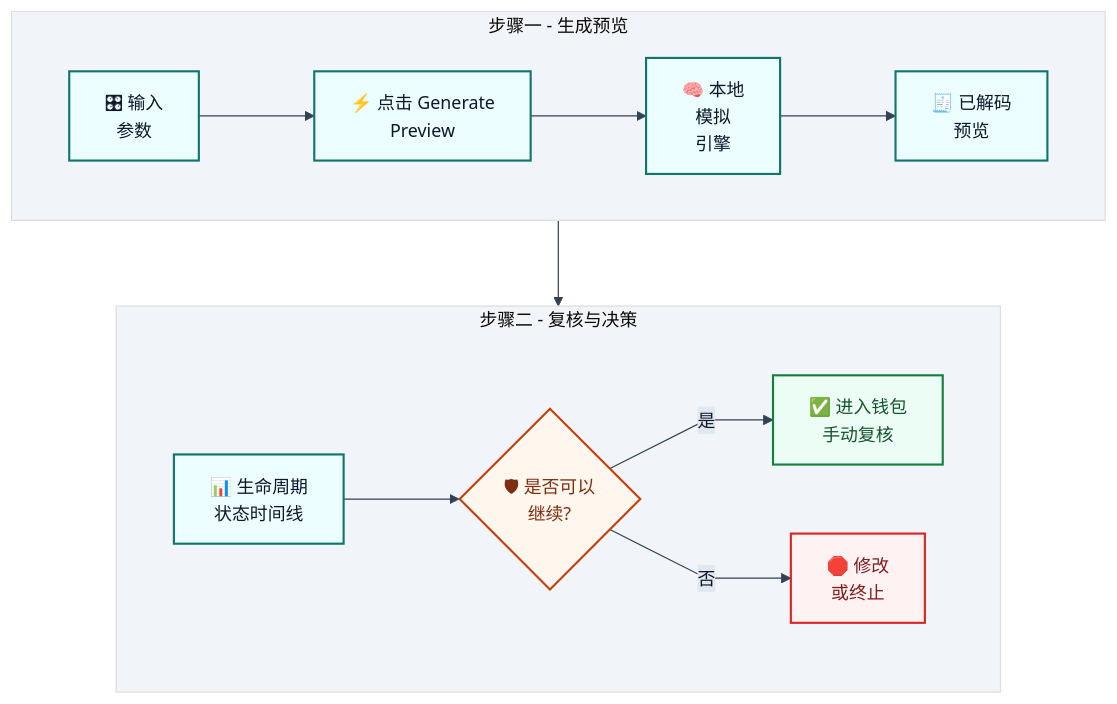
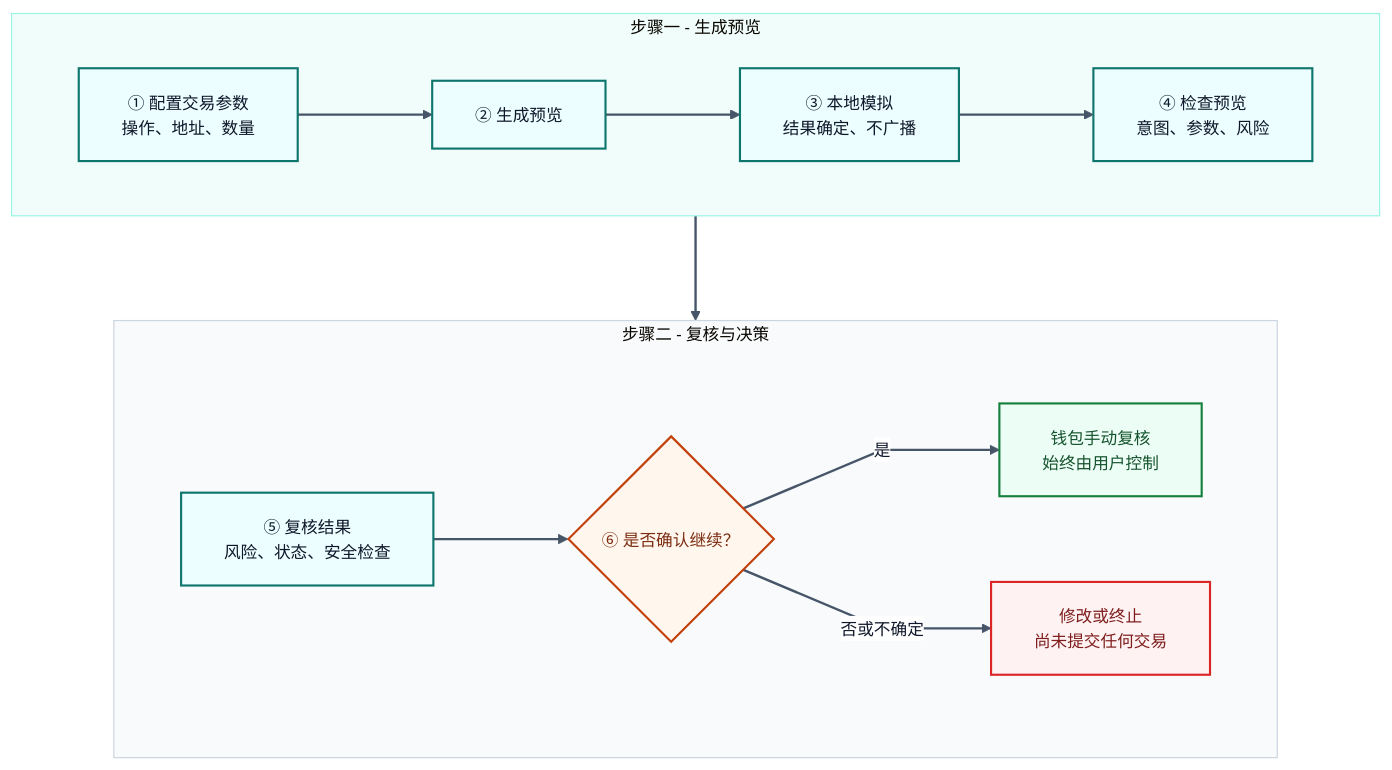
Before and after one commit to sunshineluyao/Moss-Mcp-Transaction: the fifth of 8 diagrams in README.md, drawn with Mermaid. The commit also changed other lines of this file, not shown here.

Commit message:
docs: refine Mermaid diagrams for full labels

````diff
--- a/README.md
+++ b/README.md
@@ -528,29 +543,32 @@
 ```mermaid
-%%{init: {'theme':'base','flowchart': {'htmlLabels': true, 'nodeSpacing': 58, 'rankSpacing': 72, 'curve': 'linear'},'themeVariables': {'fontFamily':'Trebuchet MS, Segoe UI, sans-serif','fontSize':'15px','primaryColor':'#eef6ff','primaryBorderColor':'#3b82f6','primaryTextColor':'#0f172a','lineColor':'#334155','secondaryColor':'#f8fafc','tertiaryColor':'#f1f5f9','edgeLabelBackground':'#e2e8f0'}}}%%
+%%{init: {'theme':'base','flowchart': {'htmlLabels': true, 'nodeSpacing': 72, 'rankSpacing': 88, 'curve': 'linear', 'padding': 18}, 'themeVariables': {'fontFamily':'Arial, Helvetica, sans-serif','fontSize':'14px','primaryTextColor':'#0f172a','lineColor':'#334155','clusterBkg':'#f8fafc','clusterBorder':'#cbd5e1','edgeLabelBackground':'#ffffff'}}}%%
 flowchart TB
   subgraph R1[步骤一 - 生成预览]
     direction LR
-    A["🎛 输入<br/>参数"] --> B["⚡ 点击 Generate<br/>Preview"]
-    B --> C["🧠 本地<br/>模拟<br/>引擎"]
-    C --> D["🧾 已解码<br/>预览"]
+    A["① 配置交易参数<br/>操作、地址、数量"] --> B["② 生成预览"]
+    B --> C["③ 本地模拟<br/>结果确定、不广播"]
+    C --> D["④ 检查预览<br/>意图、参数、风险"]
   end
 
   subgraph R2[步骤二 - 复核与决策]
     direction LR
-    E["📊 生命周期<br/>状态时间线"] --> F{"🛡 是否可以<br/>继续?"}
-    F -->|是| G["✅ 进入钱包<br/>手动复核"]
-    F -->|否| H["🛑 修改<br/>或终止"]
+    E["⑤ 复核结果<br/>风险、状态、安全检查"] --> F{"⑥ 是否确认继续？"}
+    F -->|是| G["钱包手动复核<br/>始终由用户控制"]
+    F -->|否或不确定| H["修改或终止<br/>尚未提交任何交易"]
   end
 
   D --> E
 
   classDef main fill:#ecfeff,stroke:#0f766e,stroke-width:1.8px,color:#0f172a;
   classDef decision fill:#fff7ed,stroke:#c2410c,stroke-width:1.8px,color:#7c2d12;
   classDef success fill:#ecfdf5,stroke:#15803d,stroke-width:1.8px,color:#14532d;
   classDef stop fill:#fef2f2,stroke:#dc2626,stroke-width:1.8px,color:#7f1d1d;
 
   class A,B,C,D,E main;
   class F decision;
   class G success;
   class H stop;
+  style R1 fill:#f0fdfa,stroke:#99f6e4,stroke-width:1px
+  style R2 fill:#f8fafc,stroke:#cbd5e1,stroke-width:1px
+  linkStyle default stroke:#475569,stroke-width:2px;
 ```
````
